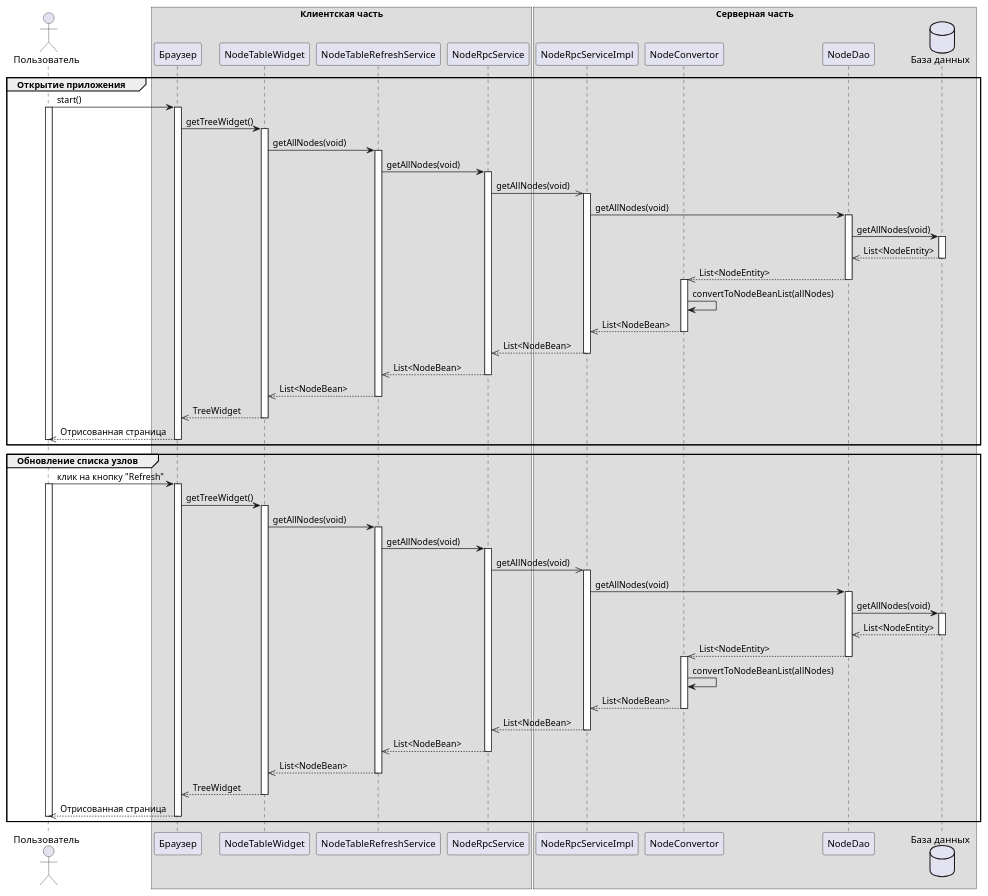
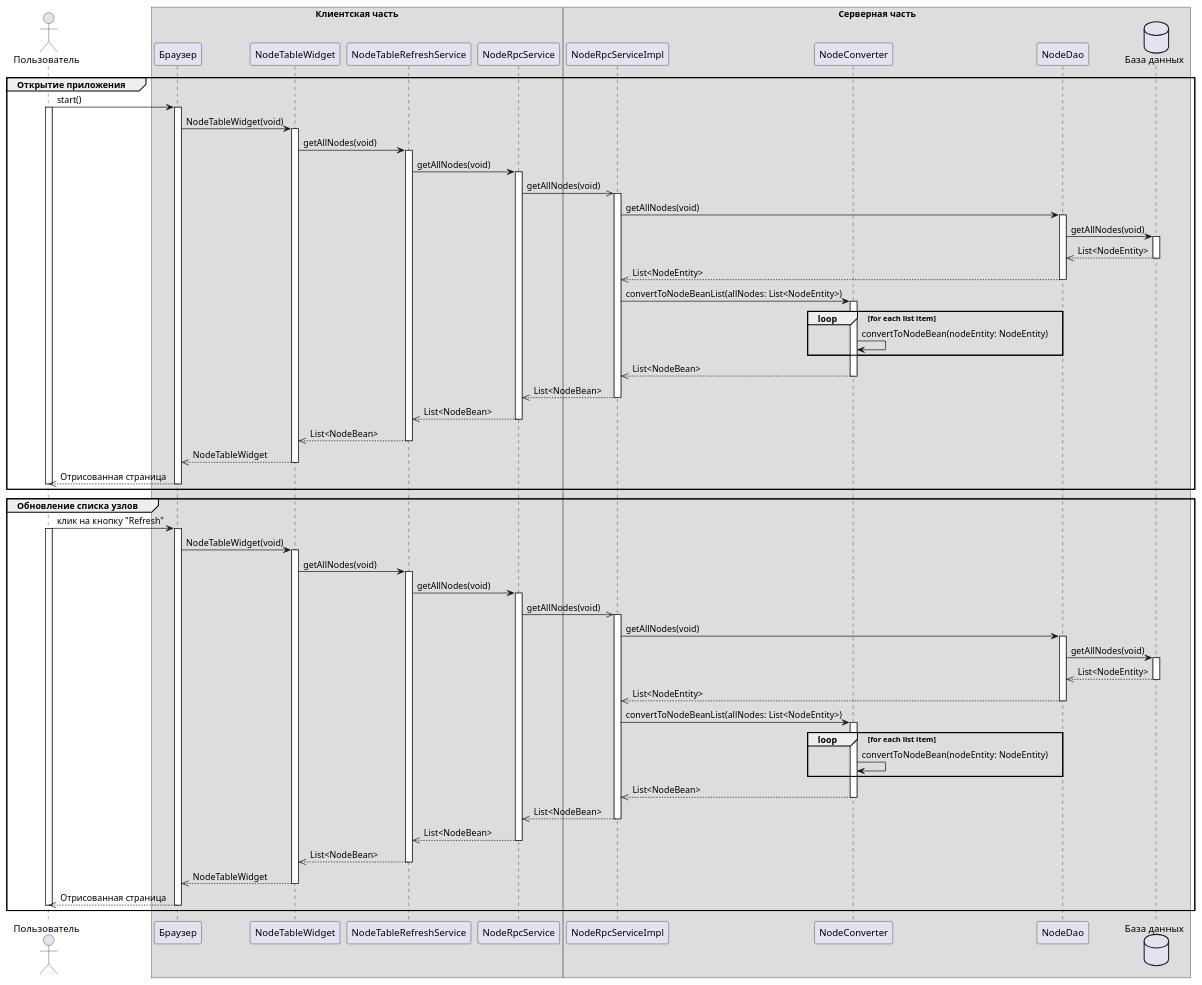
Before and after one commit to dbespa/gwt-tree: the diagram in docs/sequence-diagram.puml, drawn with PlantUML. The commit also changed 9 other files, not shown here.

Commit message:
Исправлены диаграммы

```diff
--- a/docs/sequence-diagram.puml
+++ b/docs/sequence-diagram.puml
@@ -1,66 +1,70 @@
-@startuml
+@startuml sequence-diagram
 actor "Пользователь" as user
 box "Клиентская часть"
 participant "Браузер" as browser
 participant "NodeTableWidget" as widget
 participant "NodeTableRefreshService" as refreshService
 participant "NodeRpcService" as rpcService
 box end
 box "Серверная часть"
 participant "NodeRpcServiceImpl" as rpcServiceImpl
-participant "NodeConvertor" as converter
+participant "NodeConverter" as converter
 participant "NodeDao" as dao
 database "База данных" as db
 box end
 
 group Открытие приложения
 
 user -> browser++:start()
 activate user
-browser -> widget++:getTreeWidget()
+browser -> widget++:NodeTableWidget(void)
 widget -> refreshService++:getAllNodes(void)
 refreshService -> rpcService++:getAllNodes(void)
 rpcService ->> rpcServiceImpl++:getAllNodes(void)
 rpcServiceImpl -> dao++:getAllNodes(void)
 dao -> db++:getAllNodes(void)
 
 db -->> dao--:List<NodeEntity>
-dao -->> converter--:List<NodeEntity>
-activate converter
-converter -> converter: convertToNodeBeanList(allNodes)
+dao -->> rpcServiceImpl--:List<NodeEntity>
+rpcServiceImpl -> converter++: convertToNodeBeanList(allNodes: List<NodeEntity>)
+loop for each list item
+converter -> converter: convertToNodeBean(nodeEntity: NodeEntity)
+end
 converter -->> rpcServiceImpl--:List<NodeBean>
 rpcServiceImpl -->> rpcService--:List<NodeBean>
 rpcService -->> refreshService--:List<NodeBean>
 refreshService -->> widget--:List<NodeBean>
-widget -->> browser--:TreeWidget
+widget -->> browser--:NodeTableWidget
 browser -->> user--:Отрисованная страница
 deactivate user
 
 end
 
 group Обновление списка узлов
 
 user -> browser++:клик на кнопку "Refresh"
 activate user
-browser -> widget++:getTreeWidget()
+browser -> widget++:NodeTableWidget(void)
 widget -> refreshService++:getAllNodes(void)
 refreshService -> rpcService++:getAllNodes(void)
 rpcService ->> rpcServiceImpl++:getAllNodes(void)
 rpcServiceImpl -> dao++:getAllNodes(void)
 dao -> db++:getAllNodes(void)
 
 db -->> dao--:List<NodeEntity>
-dao -->> converter--:List<NodeEntity>
-activate converter
-converter -> converter: convertToNodeBeanList(allNodes)
+dao -->> rpcServiceImpl--:List<NodeEntity>
+rpcServiceImpl -> converter++: convertToNodeBeanList(allNodes: List<NodeEntity>)
+loop for each list item
+converter -> converter: convertToNodeBean(nodeEntity: NodeEntity)
+end
 converter -->> rpcServiceImpl--:List<NodeBean>
 rpcServiceImpl -->> rpcService--:List<NodeBean>
 rpcService -->> refreshService--:List<NodeBean>
 refreshService -->> widget--:List<NodeBean>
-widget -->> browser--:TreeWidget
+widget -->> browser--:NodeTableWidget
 browser -->> user--:Отрисованная страница
 deactivate user
 
 end
 
 @enduml
```
